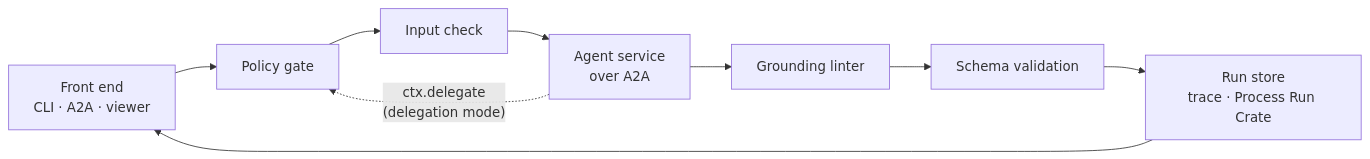
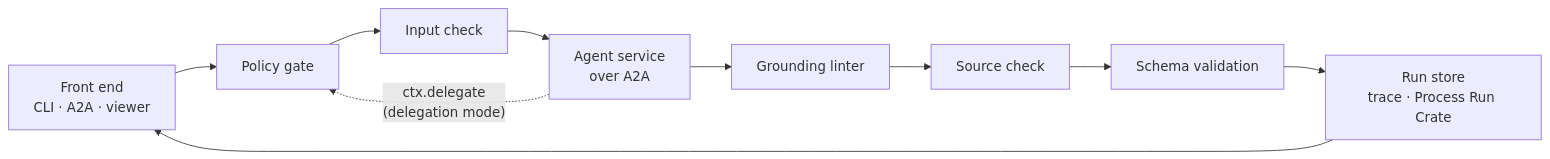
One commit to data-director-agent/data-director changed the diagram in workbench/docs/architecture.md. Above: the diagram before and after it, drawn with Mermaid. The commit also changed other lines of this file and 12 other files, not shown here.

````diff
--- a/workbench/docs/architecture.md
+++ b/workbench/docs/architecture.md
@@ -17,11 +17,12 @@
 ```mermaid
 flowchart LR
     T["Front end<br/>CLI · A2A · viewer"] --> P[Policy gate]
     P --> I[Input check]
     I --> A["Agent service<br/>over A2A"]
     A -. "ctx.delegate<br/>(delegation mode)" .-> P
     A --> G[Grounding linter]
-    G --> V[Schema validation]
+    G --> C[Source check]
+    C --> V[Schema validation]
     V --> S["Run store<br/>trace · Process Run Crate"]
     S --> T
 ```
````
